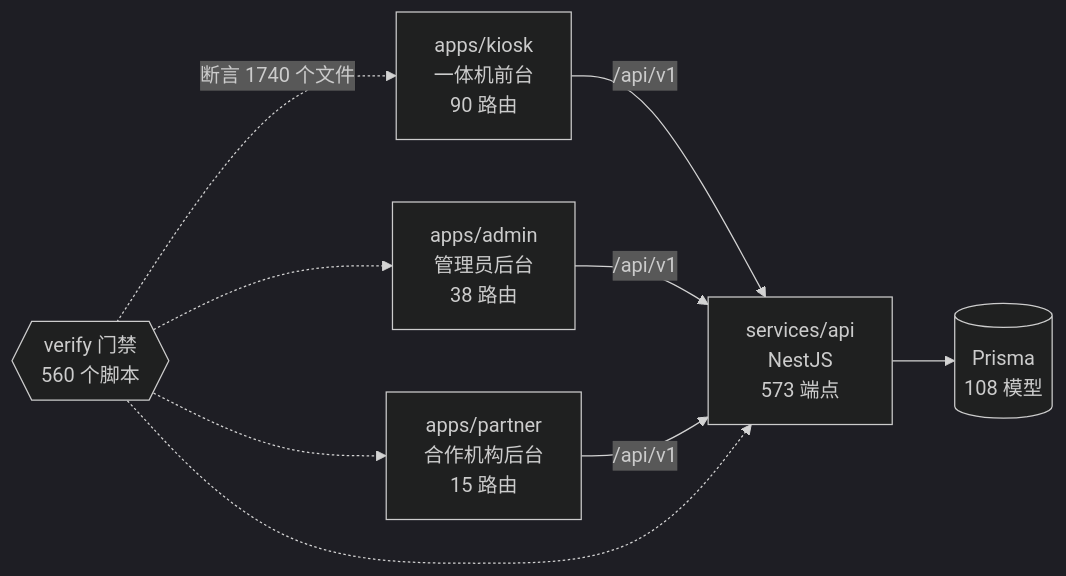
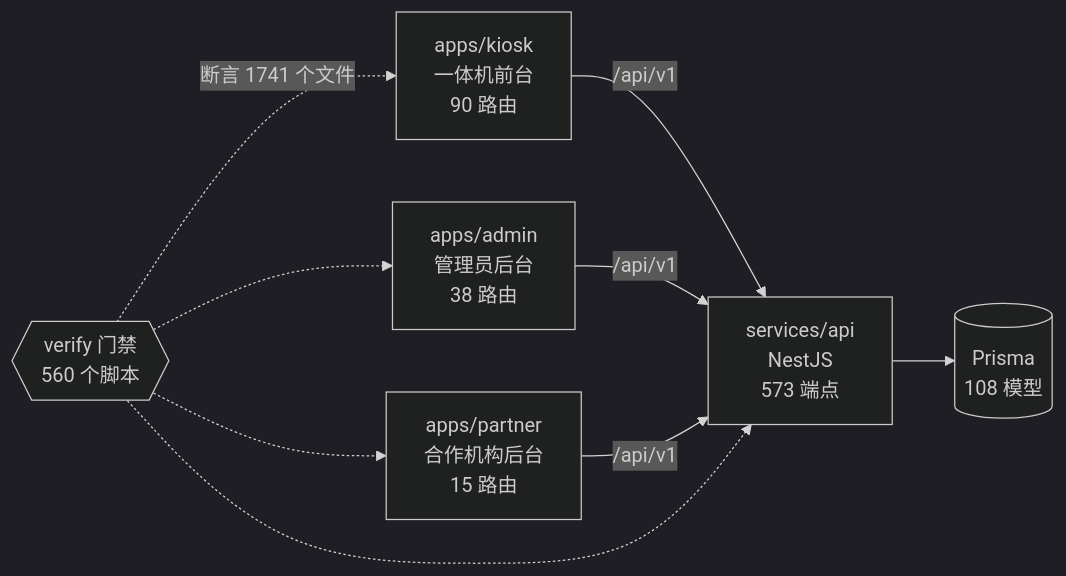
The diagram in docs/graph/README.md (wanglei581/YITIJI), drawn with Mermaid (dark theme) before and after one commit. The commit also changed other lines of this file and 3 other files, not shown here.

Commit message:
docs(progress): 记下青序 2.0 A 批合规文案，重生项目图谱

````diff
--- a/docs/graph/README.md
+++ b/docs/graph/README.md
@@ -68,18 +68,18 @@
 ```mermaid
 flowchart LR
   kiosk["apps/kiosk<br/>一体机前台<br/>90 路由"]
   admin["apps/admin<br/>管理员后台<br/>38 路由"]
   partner["apps/partner<br/>合作机构后台<br/>15 路由"]
   api["services/api<br/>NestJS<br/>573 端点"]
   db[("Prisma<br/>108 模型")]
   gates{{"verify 门禁<br/>560 个脚本"}}
 
   kiosk -->|"/api/v1"| api
   admin -->|"/api/v1"| api
   partner -->|"/api/v1"| api
   api --> db
-  gates -.->|"断言 1740 个文件"| kiosk
+  gates -.->|"断言 1741 个文件"| kiosk
   gates -.-> admin
   gates -.-> partner
   gates -.-> api
 ```
````
